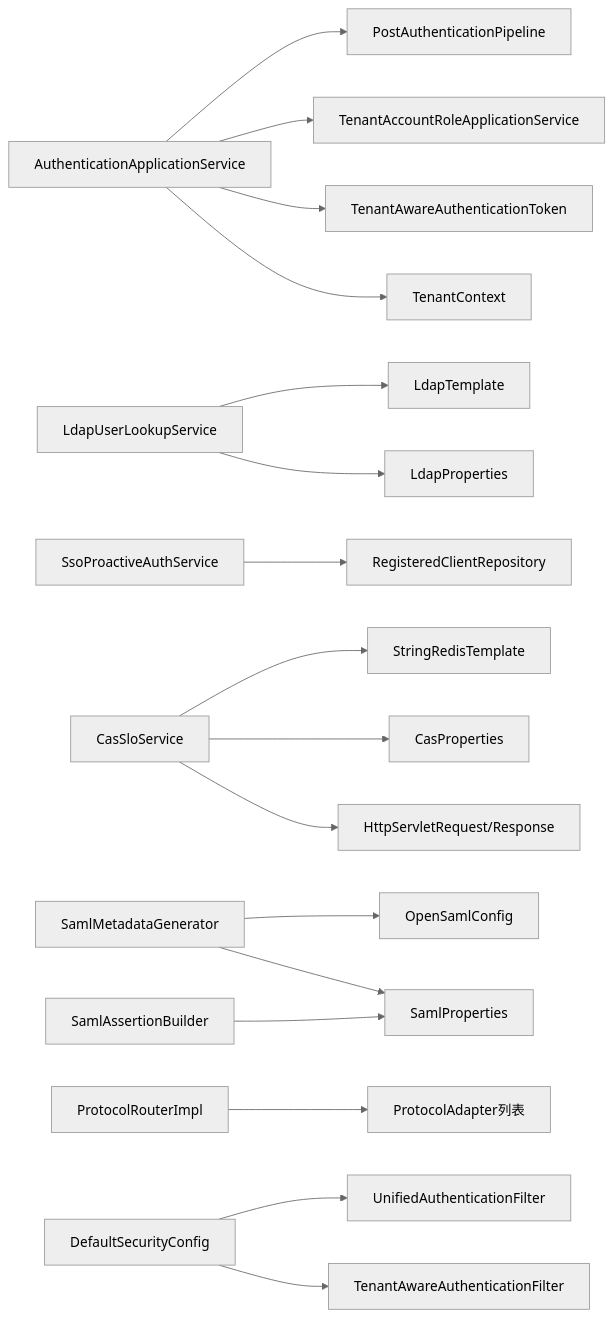
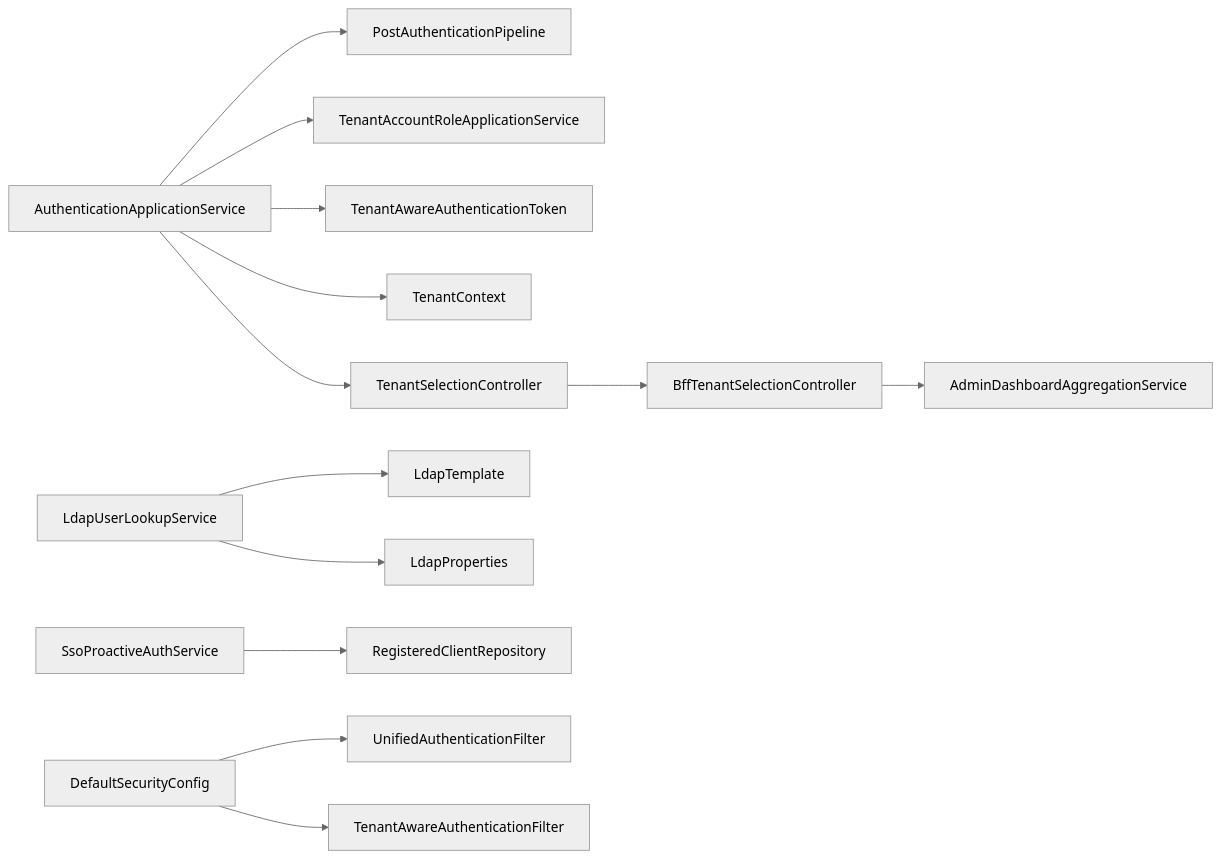
One commit to fq0121104930716/iam-platform changed diagram 16 of 16 in .qoder/repowiki/zh/content/项目概述/项目结构/认证服务器 (iam-auth-server)/认证应用服务.md. Above: the diagram before and after it, drawn with Mermaid (neutral theme). The commit also changed other lines of this file and 13 other files, not shown here.

````diff
--- a/.qoder/repowiki/zh/content/项目概述/项目结构/认证服务器 (iam-auth-server)/认证应用服务.md
+++ b/.qoder/repowiki/zh/content/项目概述/项目结构/认证服务器 (iam-auth-server)/认证应用服务.md
@@ -519,19 +637,15 @@
 ```mermaid
 graph LR
 AAS["AuthenticationApplicationService"] --> PAP["PostAuthenticationPipeline"]
 AAS --> TAR["TenantAccountRoleApplicationService"]
 AAS --> TAT["TenantAwareAuthenticationToken"]
 AAS --> TC["TenantContext"]
+AAS --> TSC["TenantSelectionController"]
+TSC --> BFF["BffTenantSelectionController"]
 LAP["LdapUserLookupService"] --> LT["LdapTemplate"]
 LAP --> LPROP["LdapProperties"]
 SPA["SsoProactiveAuthService"] --> RC["RegisteredClientRepository"]
-CAS["CasSloService"] --> STR["StringRedisTemplate"]
-CAS --> CP["CasProperties"]
-CAS --> REQ["HttpServletRequest/Response"]
-SMG["SamlMetadataGenerator"] --> OSC["OpenSamlConfig"]
-SMG --> SP["SamlProperties"]
-SAB["SamlAssertionBuilder"] --> SP
-PR["ProtocolRouterImpl"] --> PA["ProtocolAdapter列表"]
 SEC["DefaultSecurityConfig"] --> UAF["UnifiedAuthenticationFilter"]
 SEC --> TAF["TenantAwareAuthenticationFilter"]
+BFF --> ADS["AdminDashboardAggregationService"]
 ```
````
